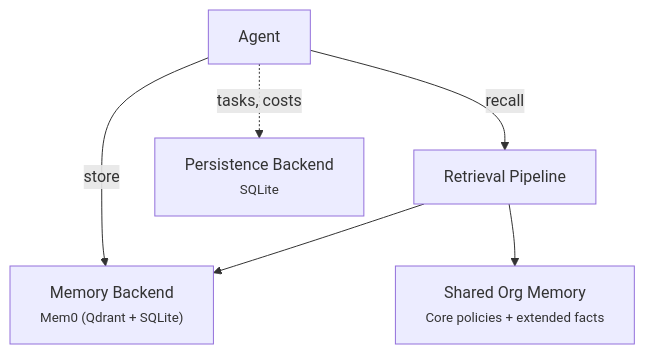
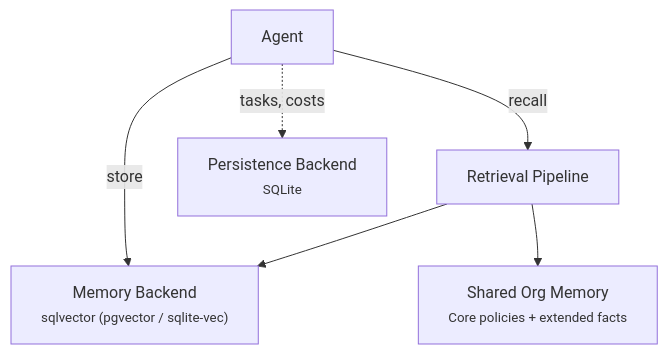
One commit to Aureliolo/synthorg changed the diagram in docs/guides/memory.md. Above: the diagram before and after it, drawn with Mermaid. The commit also changed other lines of this file and 61 other files, not shown here.

````diff
--- a/docs/guides/memory.md
+++ b/docs/guides/memory.md
@@ -19,14 +19,14 @@
 ```mermaid
 graph TD
     Agent["Agent"]
     Retriever["Retrieval Pipeline"]
-    Backend["Memory Backend<br/><small>Mem0 (Qdrant + SQLite)</small>"]
+    Backend["Memory Backend<br/><small>sqlvector (pgvector / sqlite-vec)</small>"]
     OrgMem["Shared Org Memory<br/><small>Core policies + extended facts</small>"]
     Persistence["Persistence Backend<br/><small>SQLite</small>"]
 
     Agent -->|"recall"| Retriever
     Agent -->|"store"| Backend
     Retriever --> Backend
     Retriever --> OrgMem
     Agent -.->|"tasks, costs"| Persistence
 ```
````
